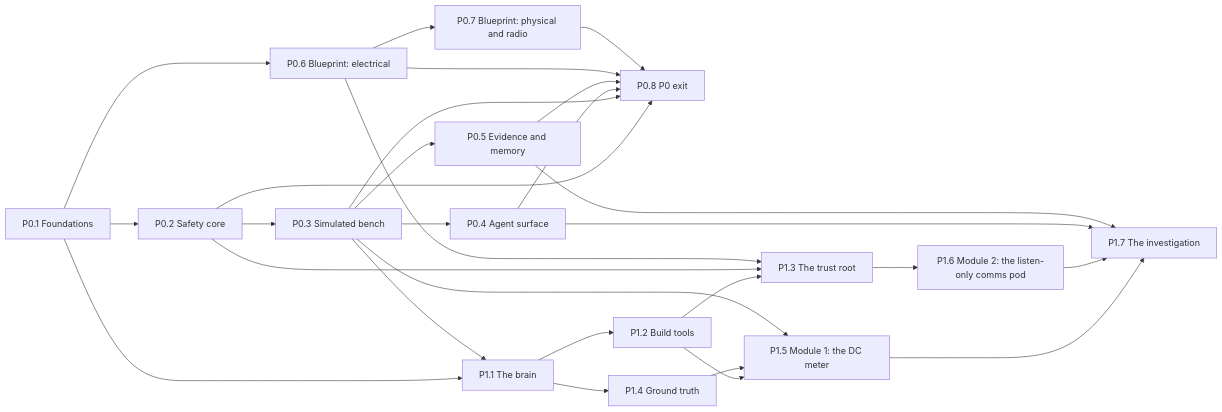
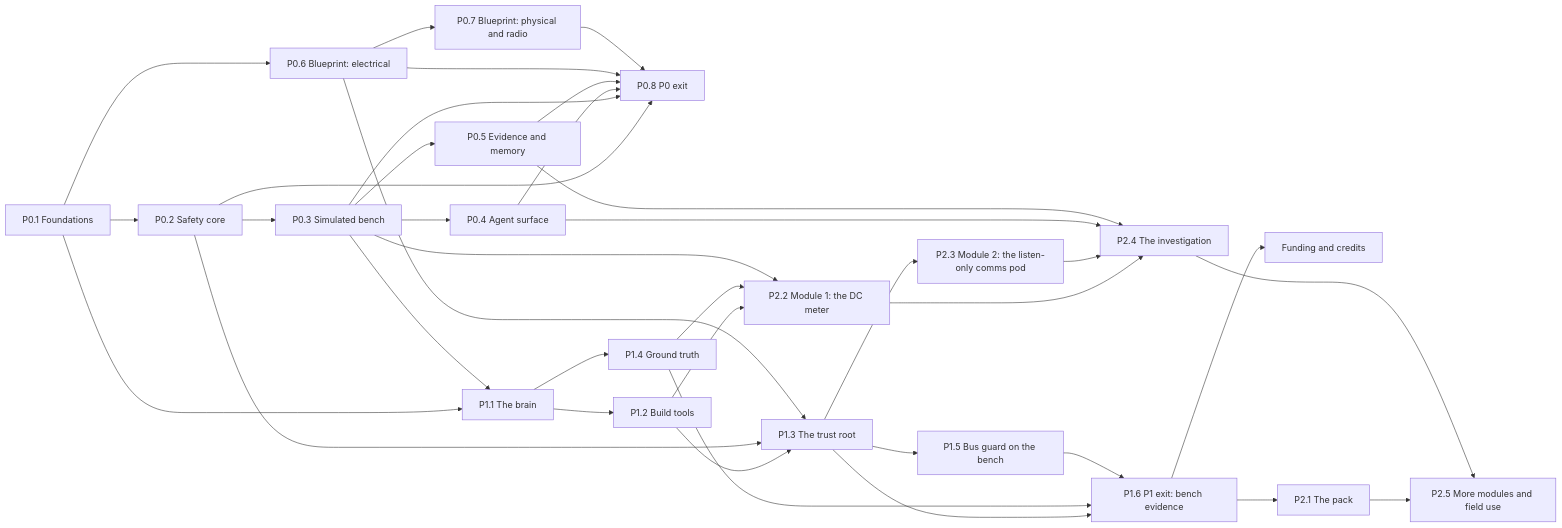
The diagram in docs/ROADMAP.md (rafe-walker/sawbones-labs), drawn with Mermaid before and after one commit. The commit also changed other lines of this file and 6 other files, not shown here.

First line of the commit message:
docs: narrow P1 to bench proof of the Interlock; add funding stage; P2 = mobile (#286)

````diff
--- a/docs/ROADMAP.md
+++ b/docs/ROADMAP.md
@@ -13,45 +17,58 @@
 ```mermaid
 flowchart LR
   P0_1["P0.1 Foundations"]
   P0_2["P0.2 Safety core"]
   P0_3["P0.3 Simulated bench"]
   P0_4["P0.4 Agent surface"]
   P0_5["P0.5 Evidence and memory"]
   P0_6["P0.6 Blueprint: electrical"]
   P0_7["P0.7 Blueprint: physical and radio"]
   P0_8["P0.8 P0 exit"]
   P1_1["P1.1 The brain"]
   P1_2["P1.2 Build tools"]
   P1_3["P1.3 The trust root"]
   P1_4["P1.4 Ground truth"]
-  P1_5["P1.5 Module 1: the DC meter"]
-  P1_6["P1.6 Module 2: the listen-only comms pod"]
-  P1_7["P1.7 The investigation"]
+  P1_5["P1.5 Bus guard on the bench"]
+  P1_6["P1.6 P1 exit: bench evidence"]
+  FUND["Funding and credits"]
+  P2_1["P2.1 The pack"]
+  P2_2["P2.2 Module 1: the DC meter"]
+  P2_3["P2.3 Module 2: the listen-only comms pod"]
+  P2_4["P2.4 The investigation"]
+  P2_5["P2.5 More modules and field use"]
   P0_1 --> P0_2
   P0_2 --> P0_3
   P0_3 --> P0_4
   P0_3 --> P0_5
   P0_1 --> P0_6
   P0_6 --> P0_7
   P0_2 --> P0_8
   P0_3 --> P0_8
   P0_4 --> P0_8
   P0_5 --> P0_8
   P0_6 --> P0_8
   P0_7 --> P0_8
   P0_1 --> P1_1
   P0_3 --> P1_1
   P1_1 --> P1_2
   P1_2 --> P1_3
   P0_2 --> P1_3
   P0_6 --> P1_3
   P1_1 --> P1_4
-  P1_2 --> P1_5
-  P1_4 --> P1_5
-  P0_3 --> P1_5
+  P1_3 --> P1_5
   P1_3 --> P1_6
-  P1_5 --> P1_7
-  P1_6 --> P1_7
-  P0_4 --> P1_7
-  P0_5 --> P1_7
+  P1_4 --> P1_6
+  P1_5 --> P1_6
+  P1_6 --> FUND
+  P1_6 --> P2_1
+  P1_2 --> P2_2
+  P1_4 --> P2_2
+  P0_3 --> P2_2
+  P1_3 --> P2_3
+  P2_2 --> P2_4
+  P2_3 --> P2_4
+  P0_4 --> P2_4
+  P0_5 --> P2_4
+  P2_1 --> P2_5
+  P2_4 --> P2_5
 ```
````
